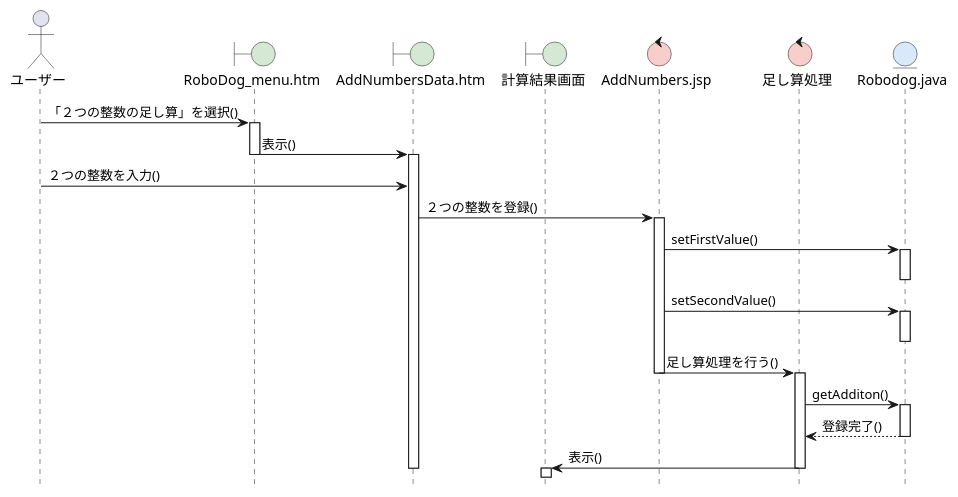
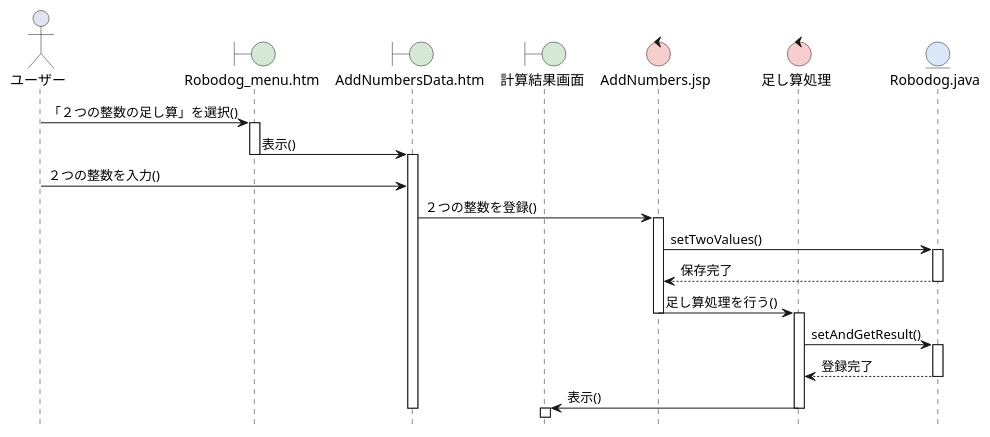
One commit to sugimoto0804/o-hara_uml changed the diagram in 06_robo_dog/sequence_03_addition.pu. Above: the diagram before and after it, drawn with PlantUML. The commit also changed 1 other file, not shown here.

```diff
--- a/06_robo_dog/sequence_03_addition.pu
+++ b/06_robo_dog/sequence_03_addition.pu
@@ -1,47 +1,44 @@
 @startuml RoboDog-２つの整数の足し算シーケンス図
 hide footbox
 skinparam boundaryBackgroundColor #D5E8D4
 skinparam controlBackgroundColor  #F8CECC
 skinparam entityBackgroundColor   #DAE8FC
-
+ 
 actor ユーザー as A
-boundary "RoboDog_menu.htm" as B1
+boundary "Robodog_menu.htm" as B1
 boundary "AddNumbersData.htm" as B2
 boundary 計算結果画面 as B3
 control "AddNumbers.jsp" as C1
 control 足し算処理 as C2
 entity "Robodog.java" as E
-
+ 
 A -> B1: 「２つの整数の足し算」を選択()
 activate B1
-
+ 
 B1 -> B2: 表示()
 deactivate B1
 activate B2
-
+ 
 A -> B2: ２つの整数を入力()
-
+ 
 B2 -> C1: ２つの整数を登録()
 activate C1
-C1 -> E: setFirstValue()
+C1 -> E: setTwoValues()
 activate E
+E --> C1: 保存完了
 deactivate E
-
-C1 -> E: setSecondValue()
-activate E
-deactivate E
-
+ 
 C1 -> C2: 足し算処理を行う()
 deactivate C1
 activate C2
-C2 -> E: getAdditon()
+C2 -> E: setAndGetResult()
 activate E
-E --> C2: 登録完了()
+E --> C2: 登録完了
 deactivate E
-
+ 
 C2 -> B3: 表示()
 deactivate C2
 deactivate B2
 activate B3
-
+ 
 @enduml
```
